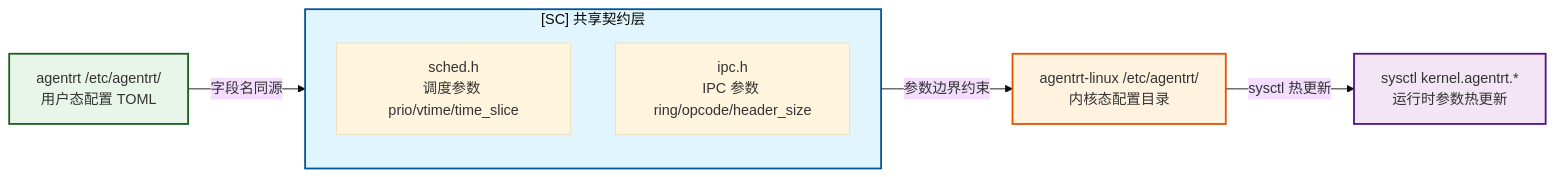
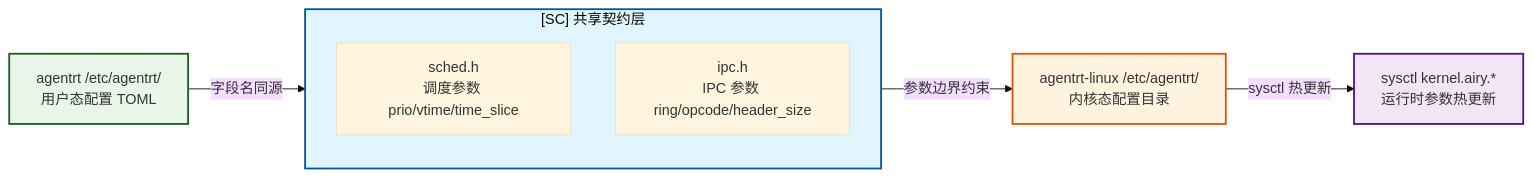
One commit to openairymax/docs changed the fifth of 5 diagrams in AirymaxOS/100-operations/02-configuration.md. Above: the diagram before and after it, drawn with Mermaid (base theme). The commit also changed other lines of this file and 135 other files, not shown here.

````diff
--- a/AirymaxOS/100-operations/02-configuration.md
+++ b/AirymaxOS/100-operations/02-configuration.md
@@ -598,14 +598,14 @@
 ```mermaid
 graph LR
     A["agentrt /etc/agentrt/<br/>用户态配置 TOML"] -->|"字段名同源"| SC
     subgraph SC ["[SC] 共享契约层"]
         S1["sched.h<br/>调度参数 prio/vtime/time_slice"]
         S2["ipc.h<br/>IPC 参数 ring/opcode/header_size"]
     end
     SC -->|"参数边界约束"| D["agentrt-linux /etc/agentrt/<br/>内核态配置目录"]
-    D -->|"sysctl 热更新"| E["sysctl kernel.agentrt.*<br/>运行时参数热更新"]
+    D -->|"sysctl 热更新"| E["sysctl kernel.airy.*<br/>运行时参数热更新"]
     style SC fill:#e1f5fe,stroke:#01579b,stroke-width:2px
     style A fill:#e8f5e9,stroke:#1b5e20,stroke-width:2px
     style D fill:#fff3e0,stroke:#e65100,stroke-width:2px
     style E fill:#f3e5f5,stroke:#4a148c,stroke-width:2px
 ```
````
